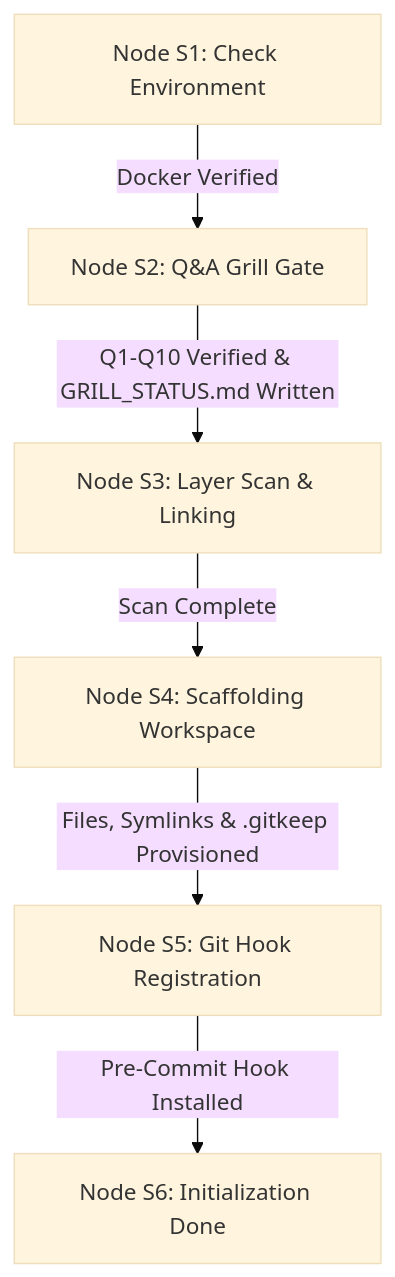
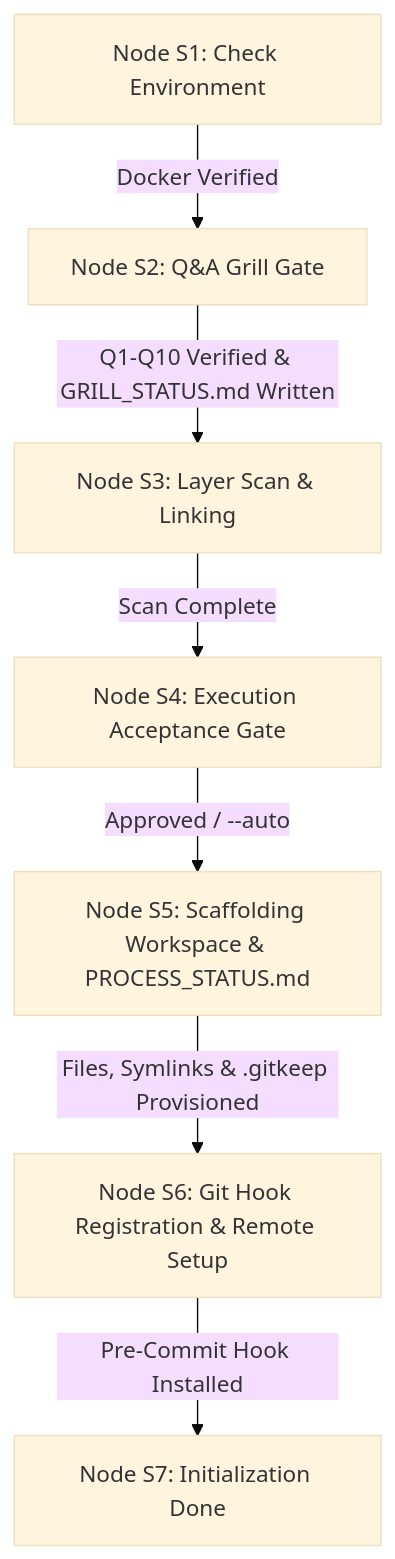
Before and after one commit to hrvthgergo/agent-driven-templates: the diagram in fullstack_software_dev/init/antigravity/guards/workflows/init.md, drawn with Mermaid (base theme). The commit also changed other lines of this file and 7 other files, not shown here.

Commit message:
feat(init): Complete /init Master Guards implementation with Node S4 Execution Acceptance Gate, --auto mode, and 12-assertion E2E test suite

````diff
--- a/fullstack_software_dev/init/antigravity/guards/workflows/init.md
+++ b/fullstack_software_dev/init/antigravity/guards/workflows/init.md
@@ -26,8 +28,9 @@
 ```mermaid
 graph TD
     S1[Node S1: Check Environment] -->|Docker Verified| S2[Node S2: Q&A Grill Gate]
     S2 -->|Q1-Q10 Verified & GRILL_STATUS.md Written| S3[Node S3: Layer Scan & Linking]
-    S3 -->|Scan Complete| S4[Node S4: Scaffolding Workspace]
-    S4 -->|Files, Symlinks & .gitkeep Provisioned| S5[Node S5: Git Hook Registration]
-    S5 -->|Pre-Commit Hook Installed| S6[Node S6: Initialization Done]
+    S3 -->|Scan Complete| S4[Node S4: Execution Acceptance Gate]
+    S4 -->|Approved / --auto| S5[Node S5: Scaffolding Workspace & PROCESS_STATUS.md]
+    S5 -->|Files, Symlinks & .gitkeep Provisioned| S6[Node S6: Git Hook Registration & Remote Setup]
+    S6 -->|Pre-Commit Hook Installed| S7[Node S7: Initialization Done]
 ```
````
